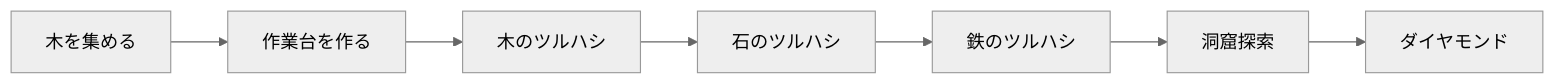
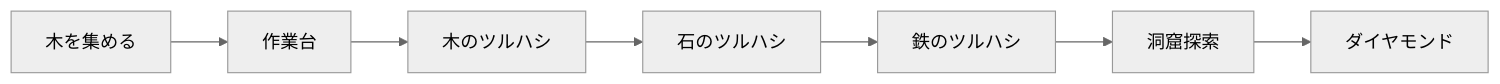
The fourth of 4 diagrams in docs/world-model.md (NOPLAB/slides), drawn with Mermaid (neutral theme) before and after one commit. The commit also changed other lines of this file and 1 other file, not shown here.

````diff
--- a/docs/world-model.md
+++ b/docs/world-model.md
@@ -484,9 +619,9 @@
 ```mermaid
 graph LR
-    A[木を集める] --> B[作業台を作る]
+    A[木を集める] --> B[作業台]
     B --> C[木のツルハシ]
     C --> D[石のツルハシ]
     D --> E[鉄のツルハシ]
     E --> F[洞窟探索]
     F --> G[ダイヤモンド]
 ```
````
